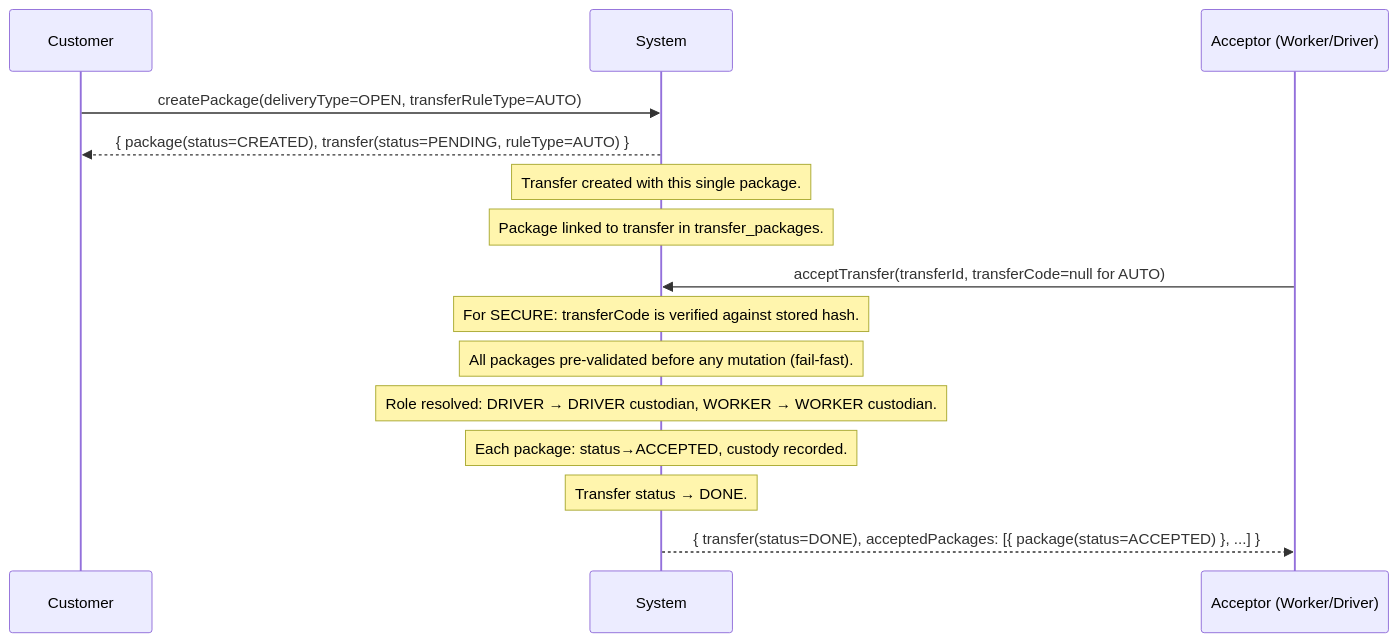
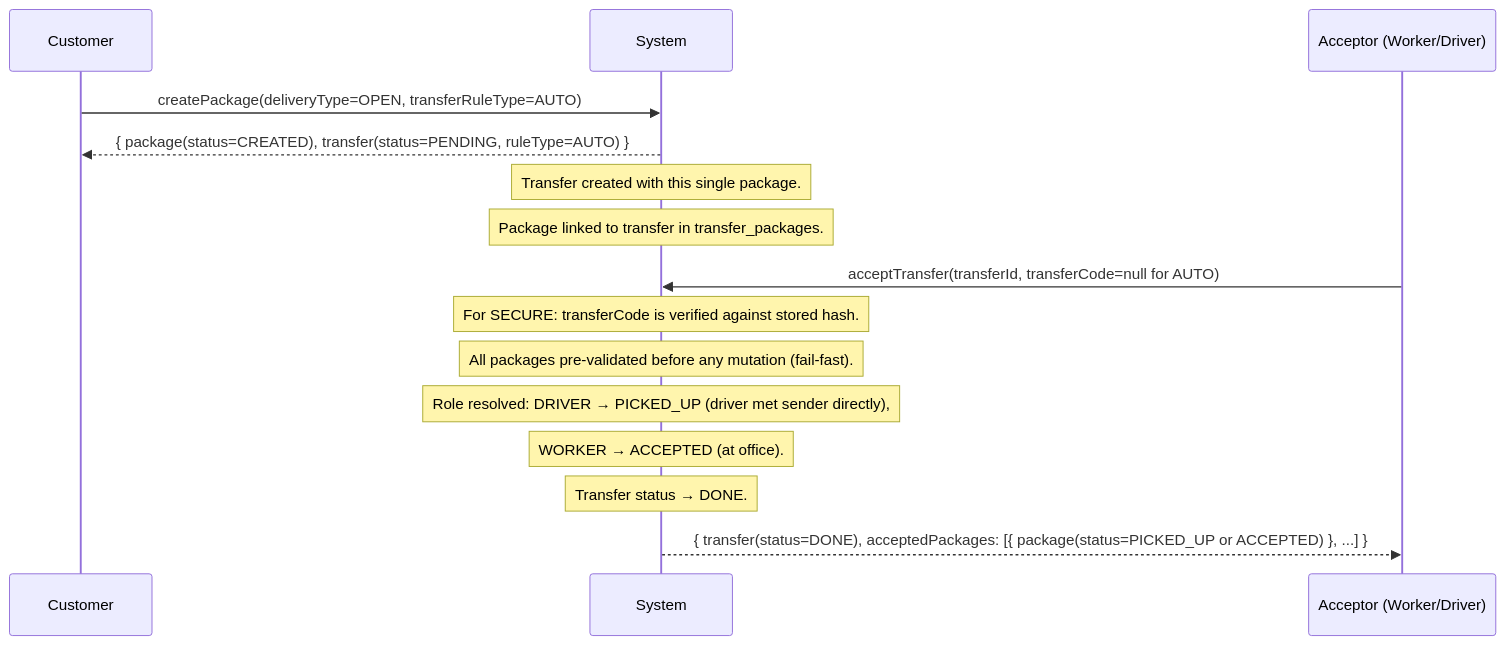
The first of 9 diagrams in ikuriyebackend/PACKAGE_FLOW.md (Genocadio/cavgobackend), drawn with Mermaid before and after one commit. The commit also changed other lines of this file and 12 other files, not shown here.

````diff
--- a/ikuriyebackend/PACKAGE_FLOW.md
+++ b/ikuriyebackend/PACKAGE_FLOW.md
@@ -156,19 +166,19 @@
 ```mermaid
 sequenceDiagram
     participant C as Customer
     participant S as System
     participant A as Acceptor (Worker/Driver)
 
     C->>S: createPackage(deliveryType=OPEN, transferRuleType=AUTO)
     S-->>C: { package(status=CREATED), transfer(status=PENDING, ruleType=AUTO) }
     Note over S: Transfer created with this single package.
     Note over S: Package linked to transfer in transfer_packages.
 
     A->>S: acceptTransfer(transferId, transferCode=null for AUTO)
     Note over S: For SECURE: transferCode is verified against stored hash.
     Note over S: All packages pre-validated before any mutation (fail-fast).
-    Note over S: Role resolved: DRIVER → DRIVER custodian, WORKER → WORKER custodian.
-    Note over S: Each package: status→ACCEPTED, custody recorded.
+    Note over S: Role resolved: DRIVER → PICKED_UP (driver met sender directly),
+    Note over S:   WORKER → ACCEPTED (at office).
     Note over S: Transfer status → DONE.
-    S-->>A: { transfer(status=DONE), acceptedPackages: [{ package(status=ACCEPTED) }, ...] }
+    S-->>A: { transfer(status=DONE), acceptedPackages: [{ package(status=PICKED_UP or ACCEPTED) }, ...] }
 ```
````
